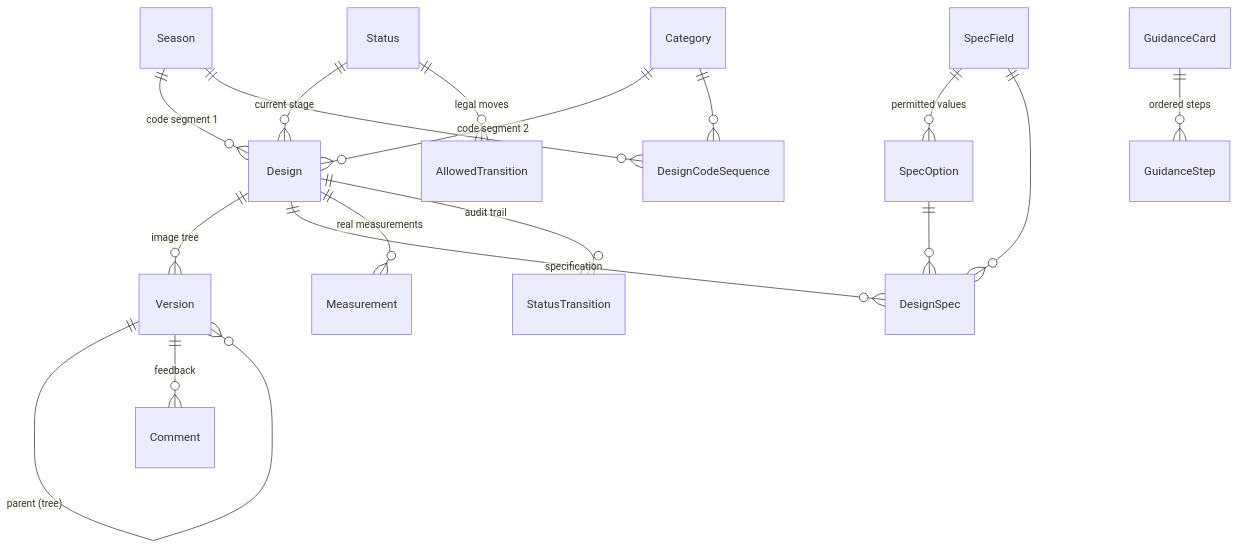
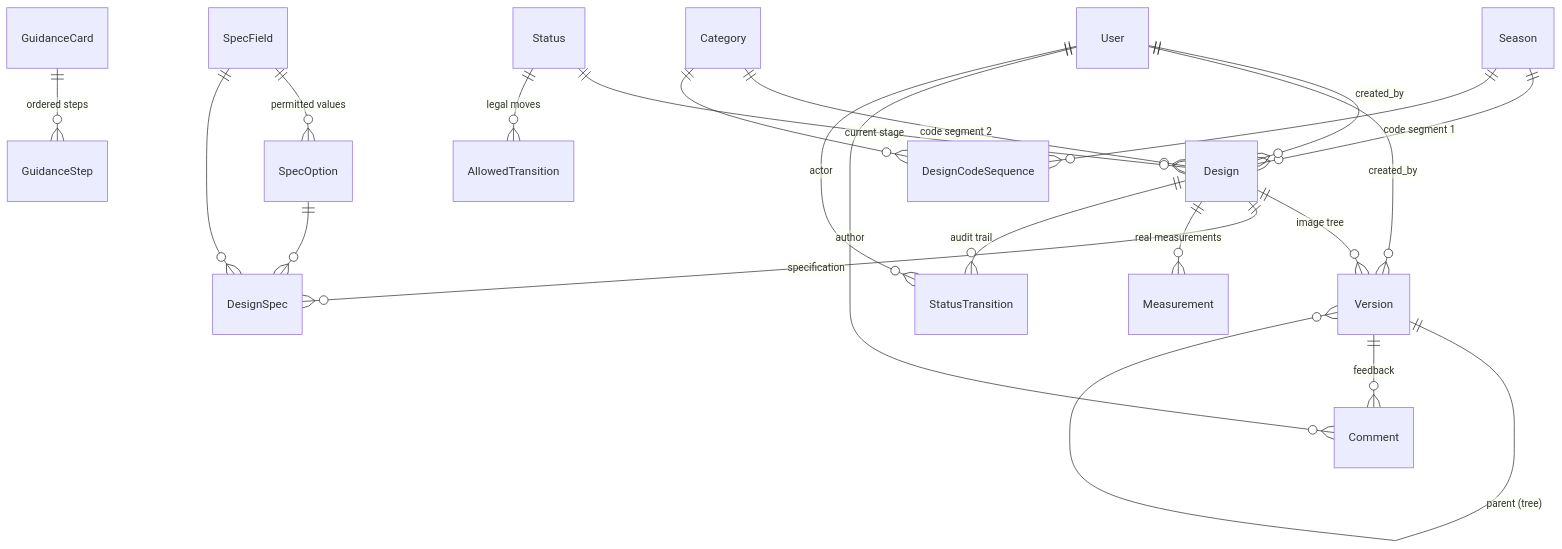
One commit to purnasankar300/unsloth_design changed the diagram in docs/database.md. Above: the diagram before and after it, drawn with Mermaid. The commit also changed other lines of this file and 5 other files, not shown here.

````diff
--- a/docs/database.md
+++ b/docs/database.md
@@ -18,23 +28,28 @@
 ```mermaid
 erDiagram
     Season   ||--o{ Design : "code segment 1"
     Category ||--o{ Design : "code segment 2"
     Status   ||--o{ Design : "current stage"
     Status   ||--o{ AllowedTransition : "legal moves"
     Season   ||--o{ DesignCodeSequence : ""
     Category ||--o{ DesignCodeSequence : ""
 
     Design ||--o{ Version : "image tree"
     Design ||--o{ DesignSpec : "specification"
     Design ||--o{ Measurement : "real measurements"
     Design ||--o{ StatusTransition : "audit trail"
 
     Version ||--o{ Version : "parent (tree)"
     Version ||--o{ Comment : "feedback"
 
     SpecField ||--o{ SpecOption : "permitted values"
     SpecField ||--o{ DesignSpec : ""
     SpecOption ||--o{ DesignSpec : ""
 
     GuidanceCard ||--o{ GuidanceStep : "ordered steps"
+
+    User ||--o{ Design : "created_by"
+    User ||--o{ Version : "created_by"
+    User ||--o{ Comment : "author"
+    User ||--o{ StatusTransition : "actor"
 ```
````
